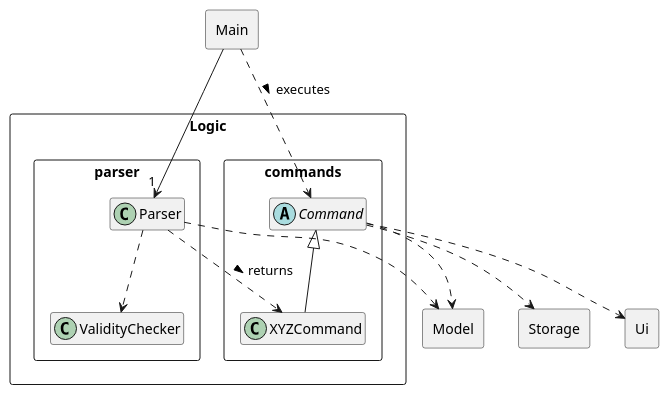
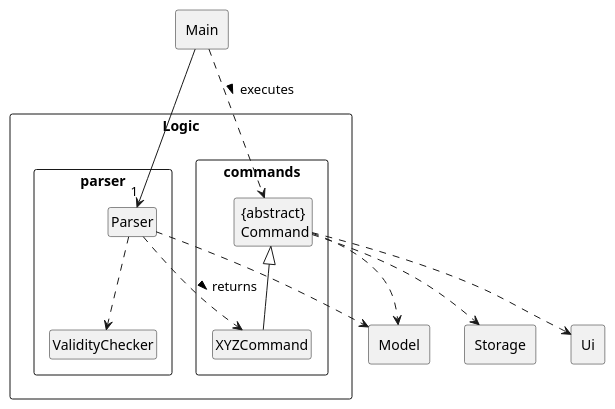
Before and after one commit to yanjia1777/tp: the diagram in docs/diagrams/Logic.puml, drawn with PlantUML. The commit also changed 6 other files, not shown here.

Commit message:
Update diagrams as suggested in peer review (previous change was lost)

```diff
--- a/docs/diagrams/Logic.puml
+++ b/docs/diagrams/Logic.puml
@@ -1,40 +1,42 @@
 @startuml
+hide circle
+skinparam classAttributeIconSize 0
 package "Ui" <<Rectangle>> {
 
 }
 package "Model" <<Rectangle>> {
 
 }
 package "Storage" <<Rectangle>> {
 
 }
 package "Main" <<Rectangle>> {
 }
 package "Logic" <<Rectangle>> {
 
 
 package "parser" <<Rectangle>> {
 class ValidityChecker
 class           Parser
 }
 
 package "commands" <<Rectangle>> {
-abstract class  "Command"
+class "{abstract}\n Command"
 class XYZCommand
 }
 
 
 
 Main --> "1" Parser
-Command <|-- XYZCommand
+"{abstract}\n Command" <|-- XYZCommand
 Parser ..> ValidityChecker
 Parser ..> XYZCommand : returns >
-Main ..> Command : executes >
+Main ..> "{abstract}\n Command": executes >
 
-Command ..> Ui
+"{abstract}\n Command" ..> Ui
 Parser ..> Model
-Command ..> Model
-Command ..> Storage
+"{abstract}\n Command" ..> Model
+"{abstract}\n Command" ..> Storage
 }
 hide members
 @enduml
```
